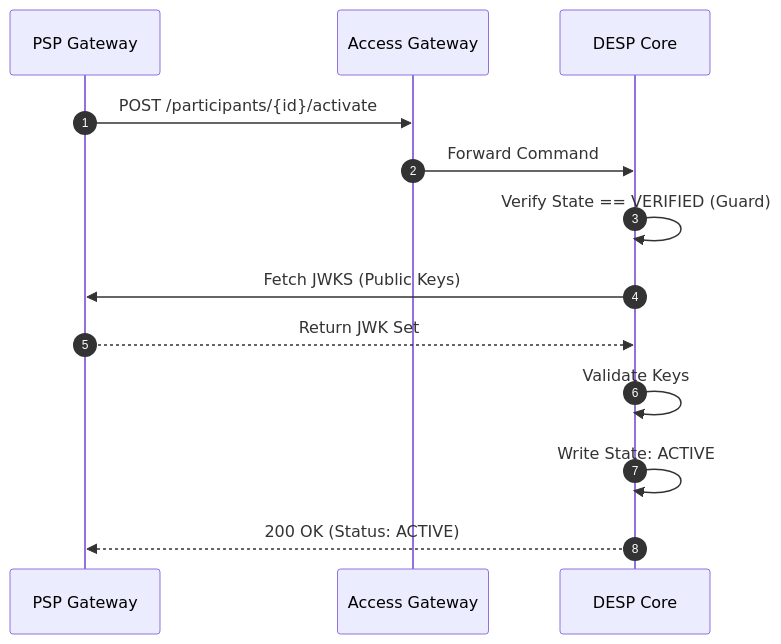
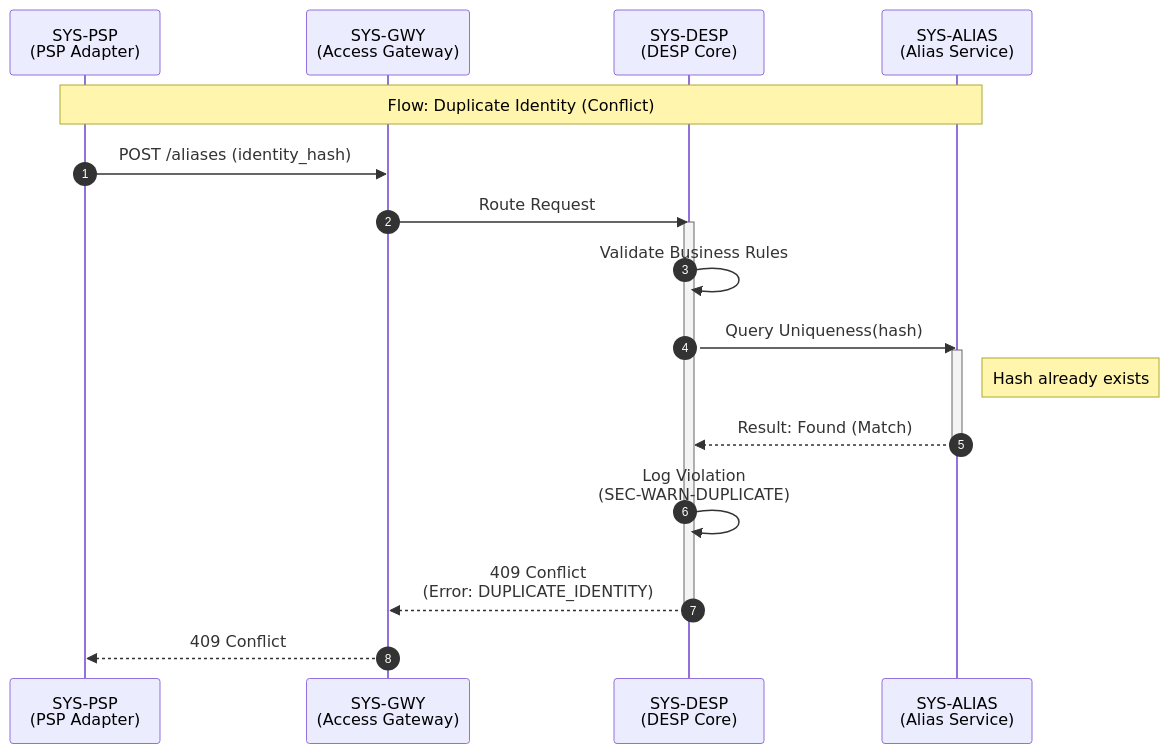
Before and after one commit to nnworkspace/elan: the second of 2 diagrams in 40-specifications/onboarding/onboarding-interfaces-spec.md, drawn with Mermaid. The commit also changed other lines of this file and 5 other files, not shown here.

````diff
--- a/40-specifications/onboarding/onboarding-interfaces-spec.md
+++ b/40-specifications/onboarding/onboarding-interfaces-spec.md
@@ -88,19 +121,36 @@
 ```mermaid
 sequenceDiagram
     autonumber
-    participant PSP as PSP Gateway
-    participant GWY as Access Gateway
-    participant CORE as DESP Core
+    
+    participant PSP as SYS-PSP<br/>(PSP Adapter)
+    participant GWY as SYS-GWY<br/>(Access Gateway)
+    participant DESP as SYS-DESP<br/>(DESP Core)
+    participant ALIAS as SYS-ALIAS<br/>(Alias Service)
 
-    PSP->>GWY: POST /participants/{id}/activate
-    GWY->>CORE: Forward Command
-    
-    CORE->>CORE: Verify State == VERIFIED (Guard)
-    CORE->>PSP: Fetch JWKS (Public Keys)
-    PSP-->>CORE: Return JWK Set
-    
-    CORE->>CORE: Validate Keys
-    CORE->>CORE: Write State: ACTIVE
-    
-    CORE-->>PSP: 200 OK (Status: ACTIVE)
+    Note over PSP, ALIAS: Flow: Duplicate Identity (Conflict)
+
+    %% Context: Request Arrival (Reusing Happy Path Entry)
+    PSP->>GWY: POST /aliases (identity_hash)
+    GWY->>DESP: Route Request
+    activate DESP
+    DESP->>DESP: Validate Business Rules
+
+    %% STEP-DUP-01
+    DESP->>ALIAS: Query Uniqueness(hash)
+    activate ALIAS
+
+    %% STEP-DUP-02
+    Note right of ALIAS: Hash already exists
+    ALIAS-->>DESP: Result: Found (Match)
+    deactivate ALIAS
+
+    %% STEP-DUP-03
+    DESP->>DESP: Log Violation<br/>(SEC-WARN-DUPLICATE)
+
+    %% STEP-DUP-04
+    DESP-->>GWY: 409 Conflict<br/>(Error: DUPLICATE_IDENTITY)
+    deactivate DESP
+
+    %% STEP-DUP-05
+    GWY-->>PSP: 409 Conflict
 ```
````
